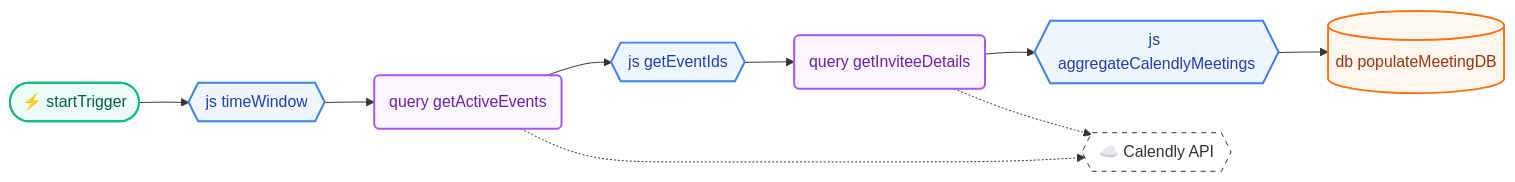
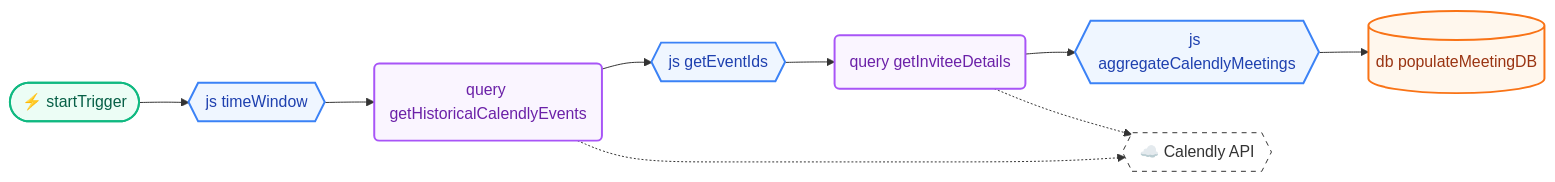
One commit to karkir0003/calendly-meeting-retool changed the diagram in calendly_backfiller/README.md. Above: the diagram before and after it, drawn with Mermaid.

Commit message:
rename functions

````diff
--- a/calendly_backfiller/README.md
+++ b/calendly_backfiller/README.md
@@ -16,38 +16,38 @@
   ```mermaid
   graph LR
     %% Node Definitions
     Start([⚡ startTrigger]) 
     Window{{js timeWindow}}
-    Events(query getActiveEvents)
+    Events(query getHistoricalCalendlyEvents)
     IDs{{js getEventIds}}
     Invitee(query getInviteeDetails)
     Aggregate{{js aggregateCalendlyMeetings}}
     DB[(db populateMeetingDB)]
     
     %% External System
     API{{☁️ Calendly API}}
 
     %% Main Workflow Connections (Solid)
     Start --> Window
     Window --> Events
     Events --> IDs
     IDs --> Invitee
     Invitee --> Aggregate
     Aggregate --> DB
 
     %% External API Calls (Dotted)
     Events -.-> API
     Invitee -.-> API
 
     %% Retool-specific Styling
     style Start fill:#ecfdf5,stroke:#10b981,stroke-width:2px,color:#065f46
     style Window fill:#eff6ff,stroke:#3b82f6,stroke-width:2px,color:#1e40af
     style Events fill:#faf5ff,stroke:#a855f7,stroke-width:2px,color:#6b21a8
     style IDs fill:#eff6ff,stroke:#3b82f6,stroke-width:2px,color:#1e40af
     style Invitee fill:#faf5ff,stroke:#a855f7,stroke-width:2px,color:#6b21a8
     style Aggregate fill:#eff6ff,stroke:#3b82f6,stroke-width:2px,color:#1e40af
     style DB fill:#fff7ed,stroke:#f97316,stroke-width:2px,color:#9a3412
     
     %% Calendly Styling
     style API fill:#ffffff,stroke:#333,stroke-dasharray: 5 5,color:#333
 ```
````
